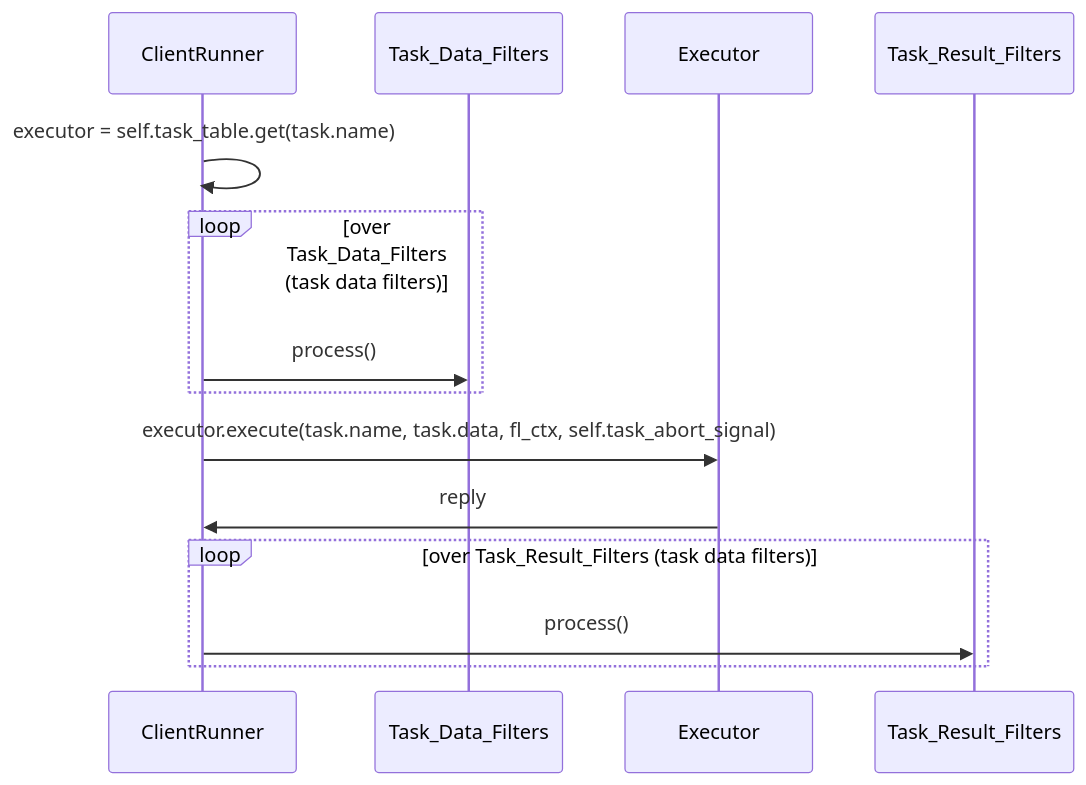
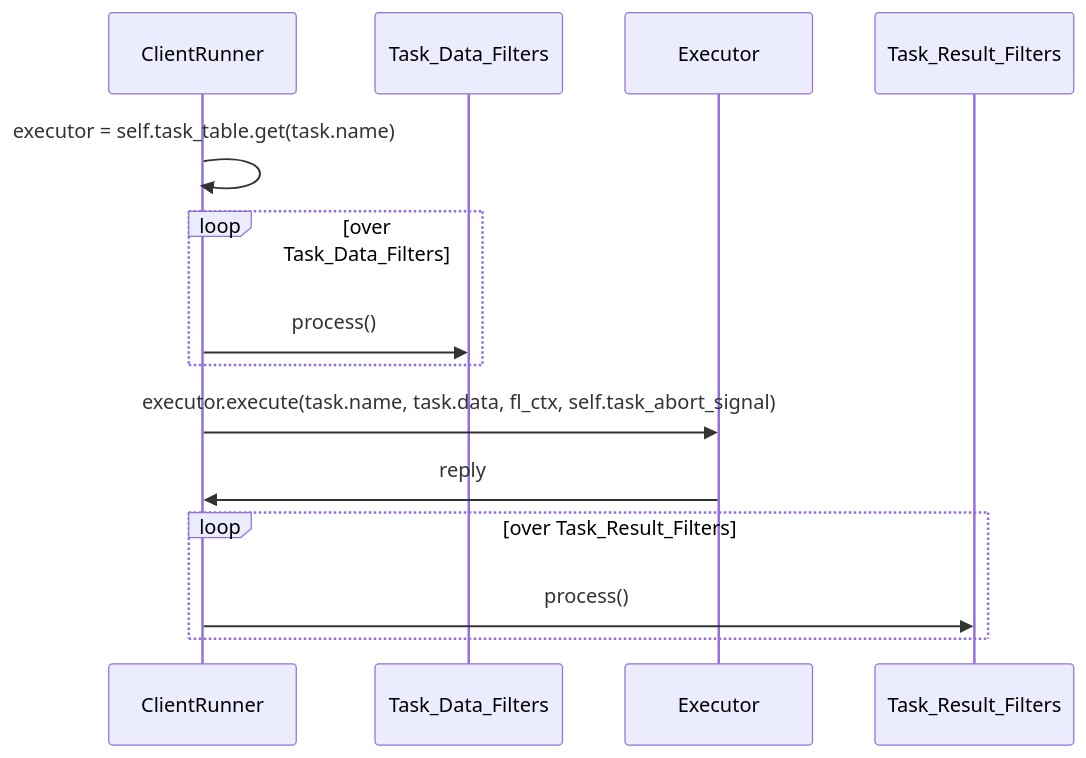
One commit to hitesh-ag1/NVFlare changed diagram 11 of 11 in docs/system_state_and_flow/system_workflow.md. Above: the diagram before and after it, drawn with Mermaid.

Commit message:
update client side process workflow sequence diagram

````diff
--- a/docs/system_state_and_flow/system_workflow.md
+++ b/docs/system_state_and_flow/system_workflow.md
@@ -253,19 +253,19 @@
 ```mermaid
 sequenceDiagram
     participant ClientRunner
     participant Task_Data_Filters
     participant Executor
     participant Task_Result_Filters
   
     ClientRunner ->> ClientRunner: executor = self.task_table.get(task.name)
-    loop over Task_Data_Filters (task data filters)
+    loop over Task_Data_Filters 
             ClientRunner ->> Task_Data_Filters: process()
     end
     ClientRunner ->> Executor: executor.execute(task.name, task.data, fl_ctx, self.task_abort_signal)
     Executor ->> ClientRunner: reply 
-    loop over Task_Result_Filters (task data filters)
+    loop over Task_Result_Filters 
         ClientRunner ->> Task_Result_Filters: process()
     end
      
   
 ```
````
